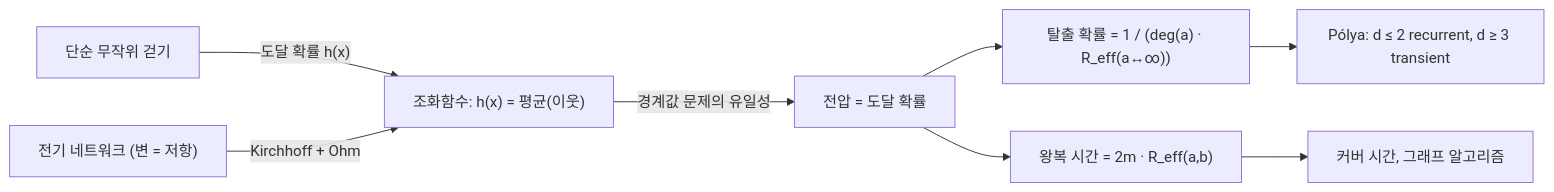
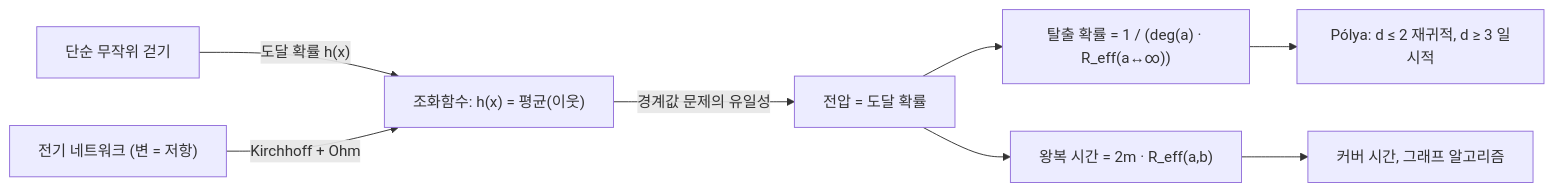
Before and after one commit to Phryxia/math-map: the diagram in docs/random-walks.md, drawn with Mermaid. The commit also changed other lines of this file, not shown here.

First line of the commit message:
use 재귀적 and 일시적 after their definition in random-walks

````diff
--- a/docs/random-walks.md
+++ b/docs/random-walks.md
@@ -19,10 +19,10 @@
 ```mermaid
 graph LR
   RW["단순 무작위 걷기"] -->|"도달 확률 h(x)"| HARM["조화함수: h(x) = 평균(이웃)"]
   NET["전기 네트워크 (변 = 저항)"] -->|"Kirchhoff + Ohm"| HARM
   HARM -->|"경계값 문제의 유일성"| CORR["전압 = 도달 확률"]
   CORR --> ESC["탈출 확률 = 1 / (deg(a) · R_eff(a↔∞))"]
   CORR --> COM["왕복 시간 = 2m · R_eff(a,b)"]
-  ESC --> POLYA["Pólya: d ≤ 2 recurrent, d ≥ 3 transient"]
+  ESC --> POLYA["Pólya: d ≤ 2 재귀적, d ≥ 3 일시적"]
   COM --> ALG["커버 시간, 그래프 알고리즘"]
 ```
````
